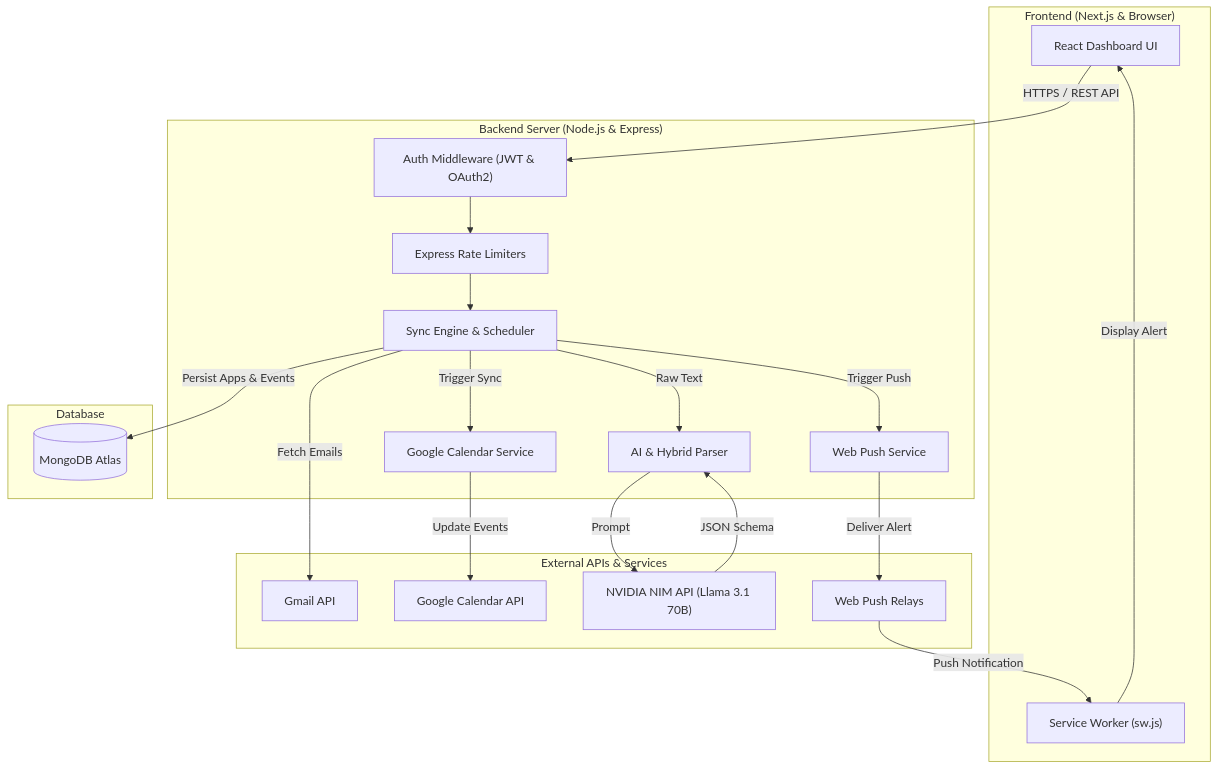
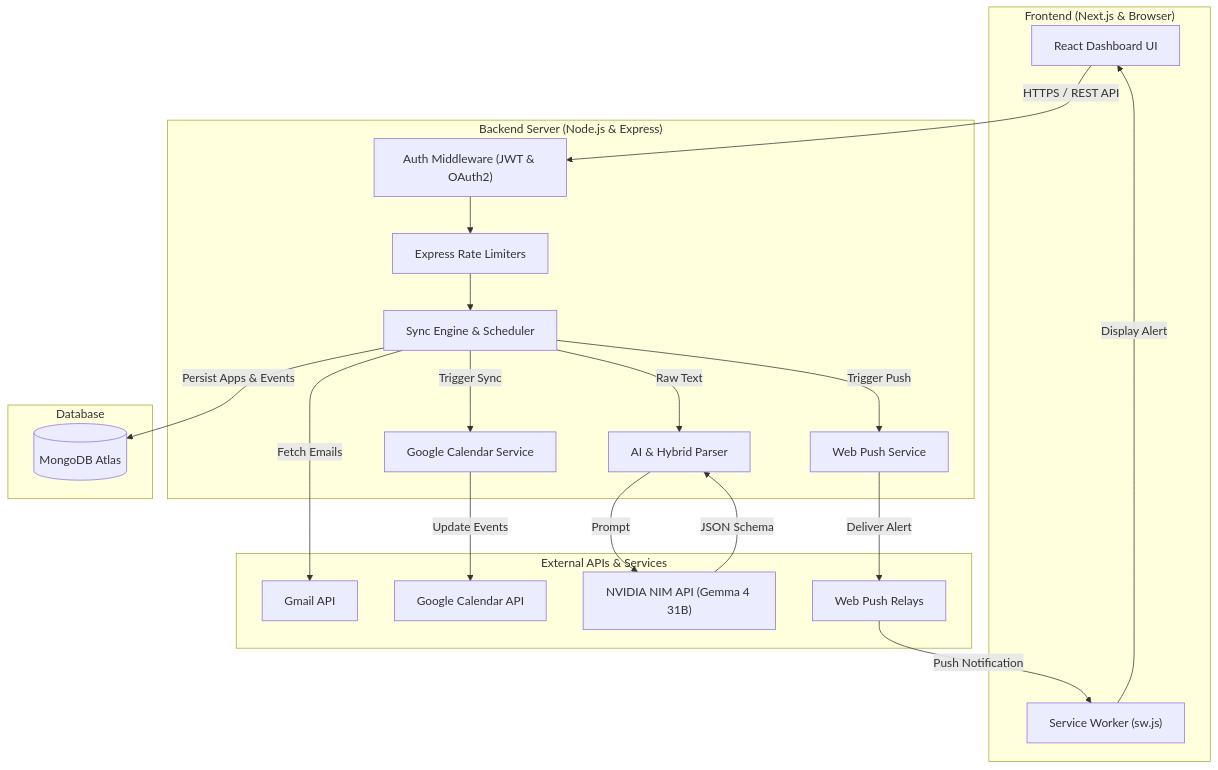
The first of 2 diagrams in README.md (tejasholla23/email-tracker), drawn with Mermaid before and after one commit. The commit also changed other lines of this file and 6 other files, not shown here.

Commit message:
Switch from llama 3.1 70b to Gemma 4 31b

````diff
--- a/README.md
+++ b/README.md
@@ -67,42 +67,42 @@
 ```mermaid
 flowchart TD
     subgraph Client["Frontend (Next.js & Browser)"]
         UI["React Dashboard UI"]
         SW["Service Worker (sw.js)"]
     end
 
     subgraph Server["Backend Server (Node.js & Express)"]
         AUTH["Auth Middleware (JWT & OAuth2)"]
         LIMIT["Express Rate Limiters"]
         SYNC["Sync Engine & Scheduler"]
         PARSER["AI & Hybrid Parser"]
         CAL_SERVICE["Google Calendar Service"]
         PUSH_SERVICE["Web Push Service"]
     end
 
     subgraph DB["Database"]
         MONGO[("MongoDB Atlas")]
     end
 
     subgraph External["External APIs & Services"]
         GMAIL["Gmail API"]
         GCAL["Google Calendar API"]
-        NVIDIA["NVIDIA NIM API (Llama 3.1 70B)"]
+        NVIDIA["NVIDIA NIM API (Gemma 4 31B)"]
         WEBPUSH["Web Push Relays"]
     end
 
     UI -->|HTTPS / REST API| AUTH
     AUTH --> LIMIT
     LIMIT --> SYNC
     SYNC -->|Fetch Emails| GMAIL
     SYNC -->|Raw Text| PARSER
     PARSER -->|Prompt| NVIDIA
     NVIDIA -->|JSON Schema| PARSER
     SYNC -->|Persist Apps & Events| MONGO
     SYNC -->|Trigger Sync| CAL_SERVICE
     CAL_SERVICE -->|Update Events| GCAL
     SYNC -->|Trigger Push| PUSH_SERVICE
     PUSH_SERVICE -->|Deliver Alert| WEBPUSH
     WEBPUSH -->|Push Notification| SW
     SW -->|Display Alert| UI
 ```
````
